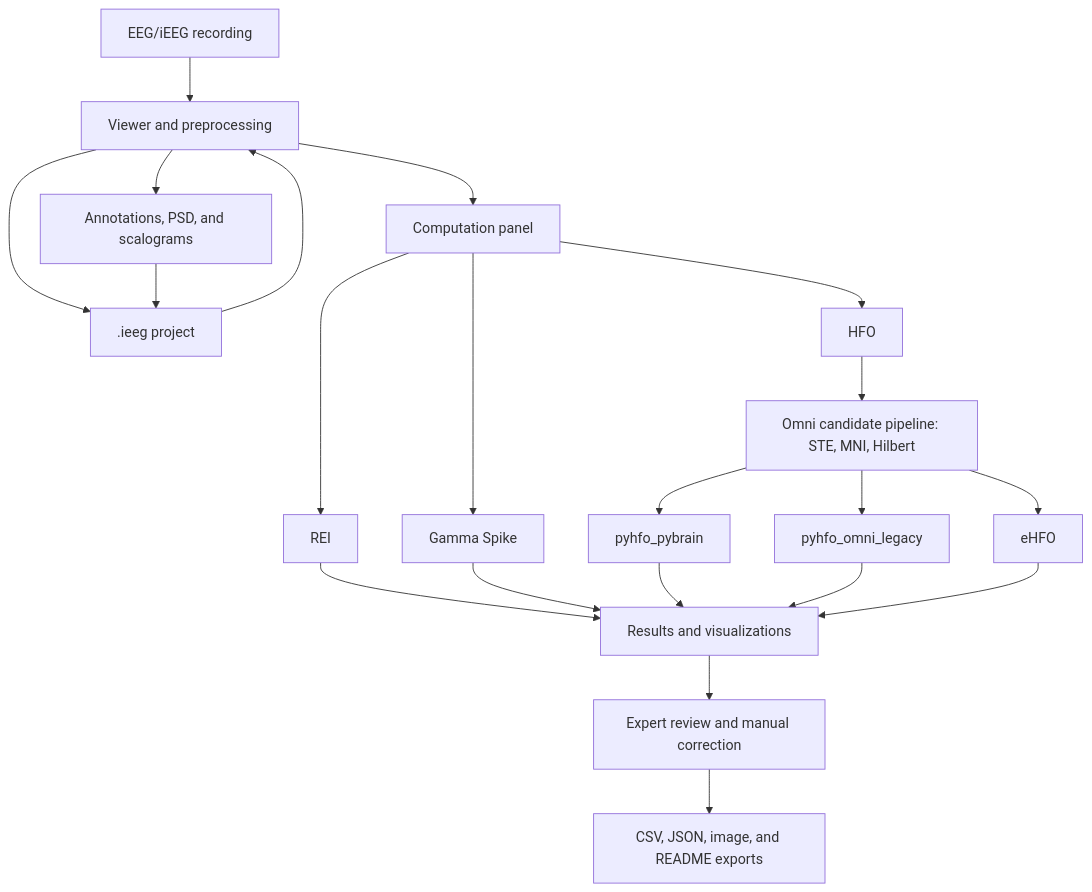
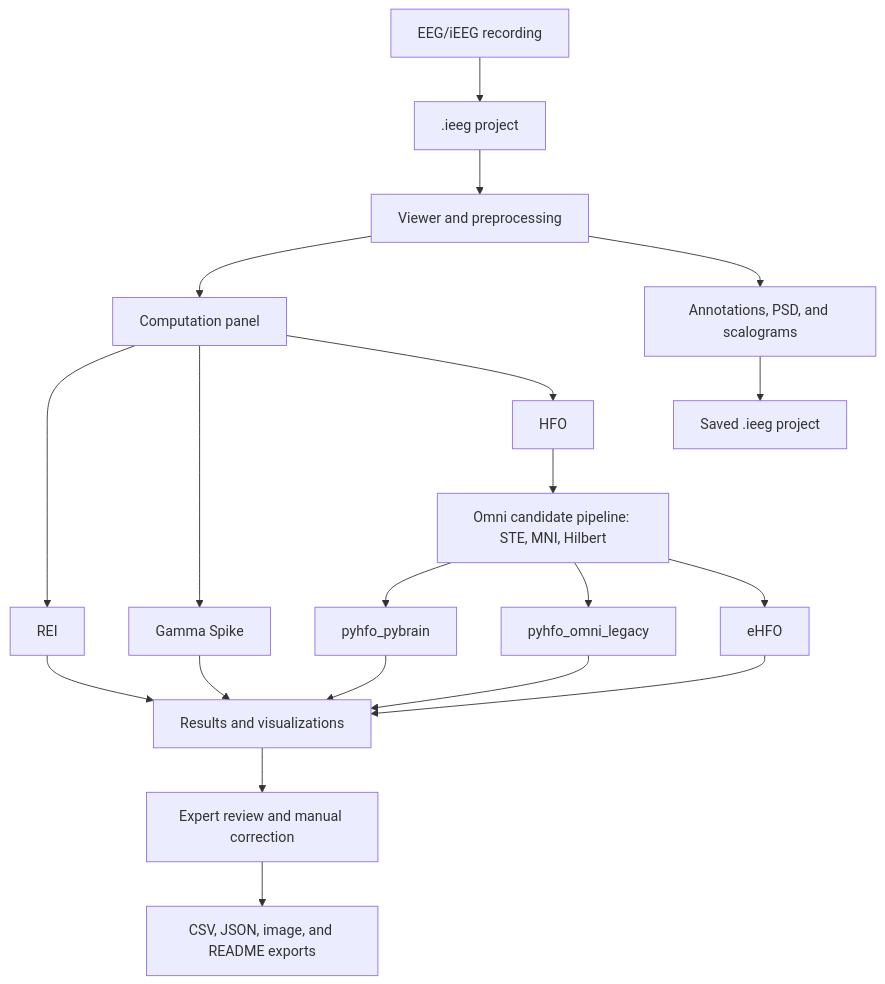
One commit to m2b3/IEEG changed the diagram in README.md. Above: the diagram before and after it, drawn with Mermaid. The commit also changed other lines of this file and 4 other files, not shown here.

````diff
--- a/README.md
+++ b/README.md
@@ -13,28 +12,27 @@
 ```mermaid
 flowchart TD
-    A[EEG/iEEG recording] --> B[Viewer and preprocessing]
-    P[.ieeg project] --> B
-    B --> P
+    A[EEG/iEEG recording] --> P[.ieeg project]
+    P --> B[Viewer and preprocessing]
 
     B --> C[Computation panel]
     C --> D1[REI]
     C --> D2[Gamma Spike]
     C --> D3[HFO]
 
     D3 --> CD[Omni candidate pipeline: STE, MNI, Hilbert]
     CD --> M1[pyhfo_pybrain]
     CD --> M2[pyhfo_omni_legacy]
     CD --> M3[eHFO]
 
     D1 --> E[Results and visualizations]
     D2 --> E
     M1 --> E
     M2 --> E
     M3 --> E
 
     E --> F[Expert review and manual correction]
     F --> G[CSV, JSON, image, and README exports]
 
     B --> H[Annotations, PSD, and scalograms]
-    H --> P
+    H --> S[Saved .ieeg project]
 ```
````
